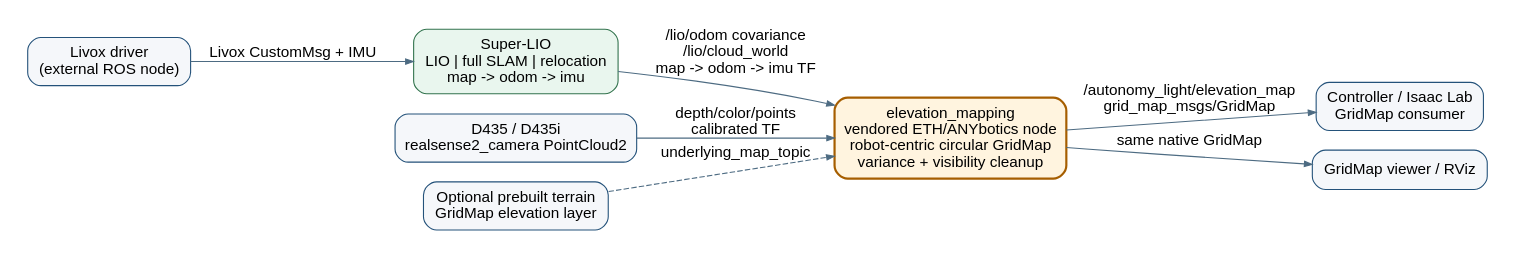
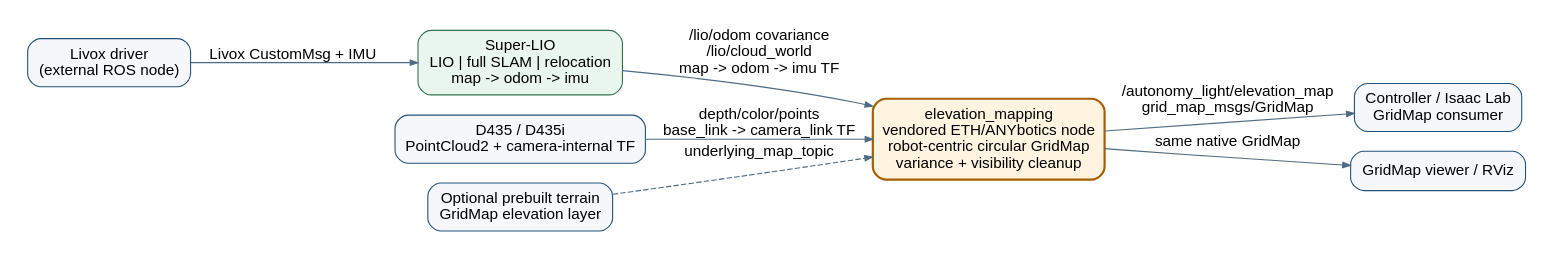
One commit to cocelo-ai/autonomy changed the diagram in docs/software_node_topology.dot. Above: the diagram before and after it, drawn with Graphviz. The commit also changed 6 other files, not shown here.

```diff
--- a/docs/software_node_topology.dot
+++ b/docs/software_node_topology.dot
@@ -1,23 +1,23 @@
 digraph autonomy_light {
   rankdir=LR;
   graph [fontname="Arial", bgcolor="white", pad="0.25"];
   node [fontname="Arial", shape=box, style="rounded,filled", color="#24527a",
         fillcolor="#edf5fb", margin="0.16,0.10"];
   edge [fontname="Arial", color="#4d6b82", arrowsize="0.7"];
 
   livox [label="Livox driver\n(external ROS node)", fillcolor="#f5f7fa"];
   lio [label="Super-LIO\nLIO | full SLAM | relocation\nmap -> odom -> imu", fillcolor="#e9f6ee", color="#32734d"];
-  d435 [label="D435 / D435i\nrealsense2_camera PointCloud2", fillcolor="#f5f7fa"];
+  d435 [label="D435 / D435i\nPointCloud2 + camera-internal TF", fillcolor="#f5f7fa"];
   mapper [label="elevation_mapping\nvendored ETH/ANYbotics node\nrobot-centric circular GridMap\nvariance + visibility cleanup",
           fillcolor="#fff4df", color="#a65e00", penwidth="2"];
   control [label="Controller / Isaac Lab\nGridMap consumer", fillcolor="#f5f7fa"];
   rviz [label="GridMap viewer / RViz", fillcolor="#f5f7fa"];
   prior [label="Optional prebuilt terrain\nGridMap elevation layer", fillcolor="#f5f7fa"];
 
   livox -> lio [label="Livox CustomMsg + IMU"];
   lio -> mapper [label="/lio/odom covariance\n/lio/cloud_world\nmap -> odom -> imu TF"];
-  d435 -> mapper [label="depth/color/points\ncalibrated TF"];
+  d435 -> mapper [label="depth/color/points\nbase_link -> camera_link TF"];
   prior -> mapper [label="underlying_map_topic", style=dashed];
   mapper -> control [label="/autonomy_light/elevation_map\ngrid_map_msgs/GridMap"];
   mapper -> rviz [label="same native GridMap"];
 }
```
